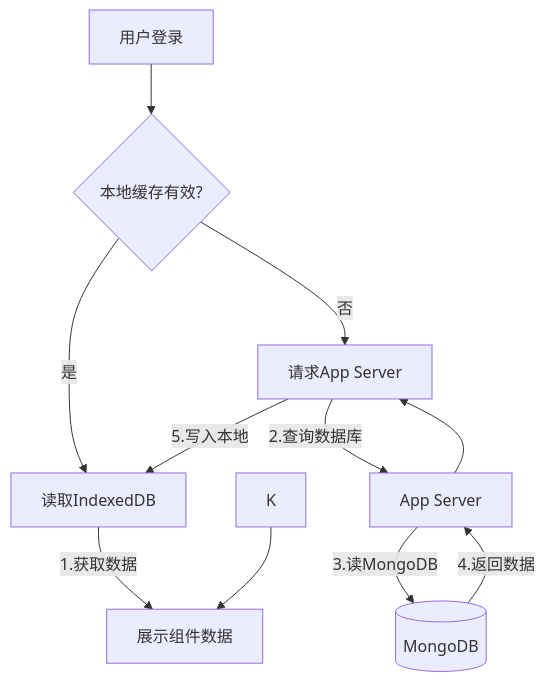
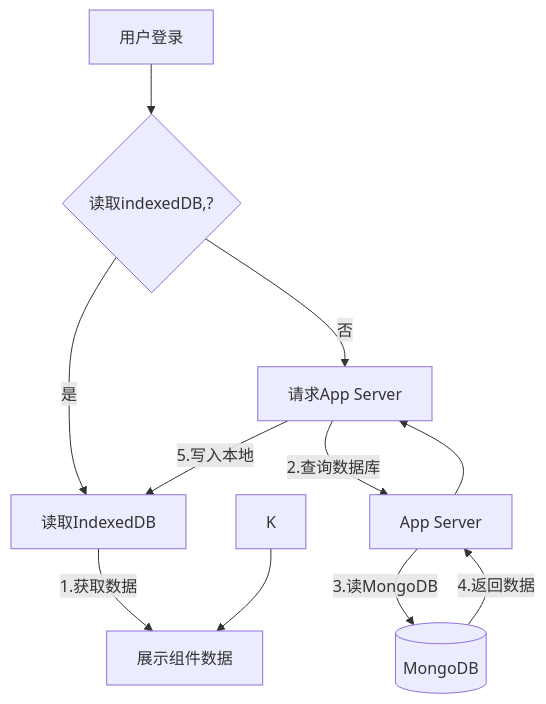
One commit to yingjianzh/iodraw-files changed the diagram in all/未命名-22.md. Above: the diagram before and after it, drawn with Mermaid.

Commit message:
2025-02-18 16:07:11 update

````diff
--- a/all/未命名-22.md
+++ b/all/未命名-22.md
@@ -1,12 +1,12 @@
 ```mermaid
 graph TD
-    A[用户登录] --> B{本地缓存有效?}
+    A[用户登录] --> B{读取indexedDB,?}
     B -->|是| C[读取IndexedDB]
     B -->|否| D[请求App Server]
     C -->|1.获取数据| E[展示组件数据]
     D -->|2.查询数据库| F[App Server]
     F -->|3.读MongoDB| G[(MongoDB)]
     G -->|4.返回数据| F --> D
     D -->|5.写入本地| C
     K --> E
 ```
````
